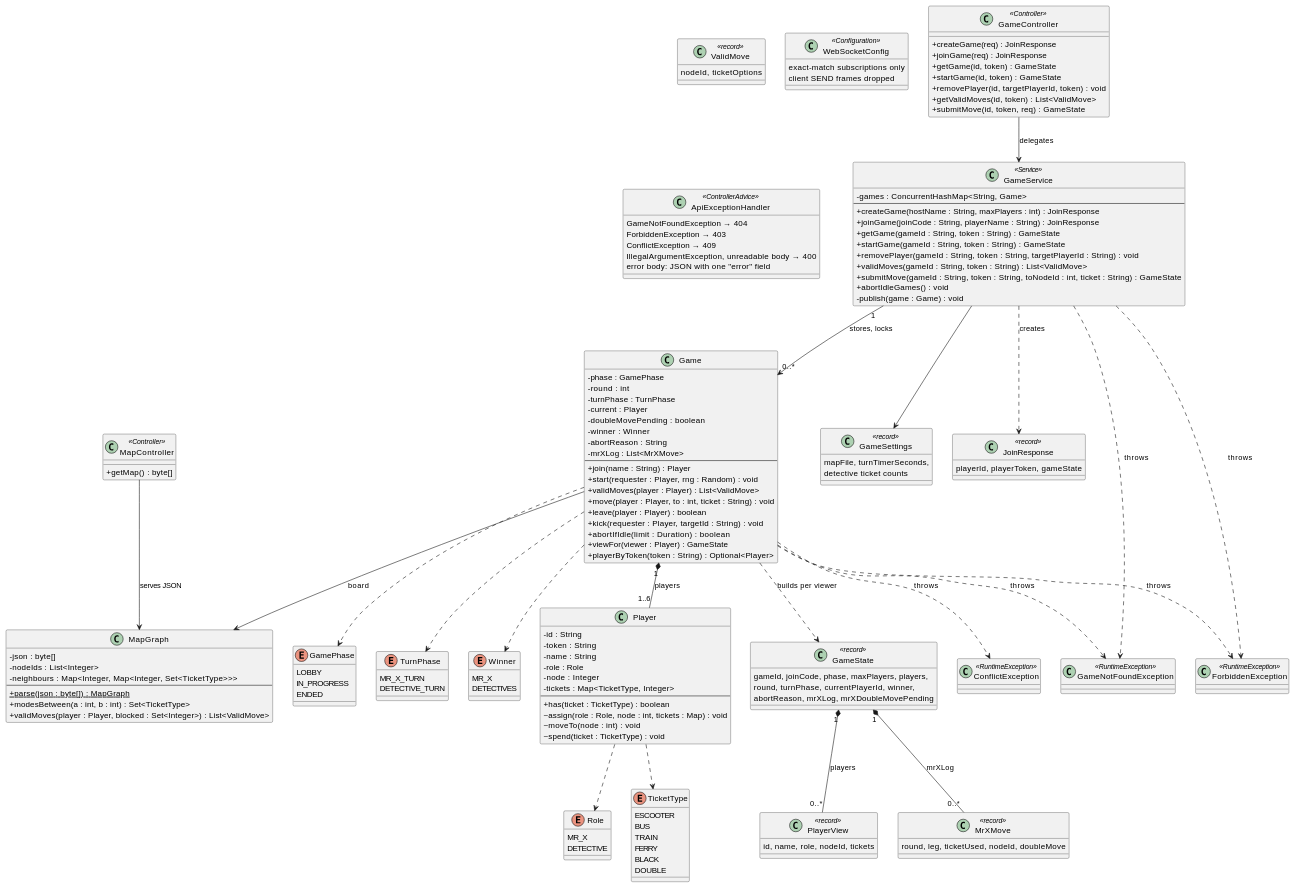
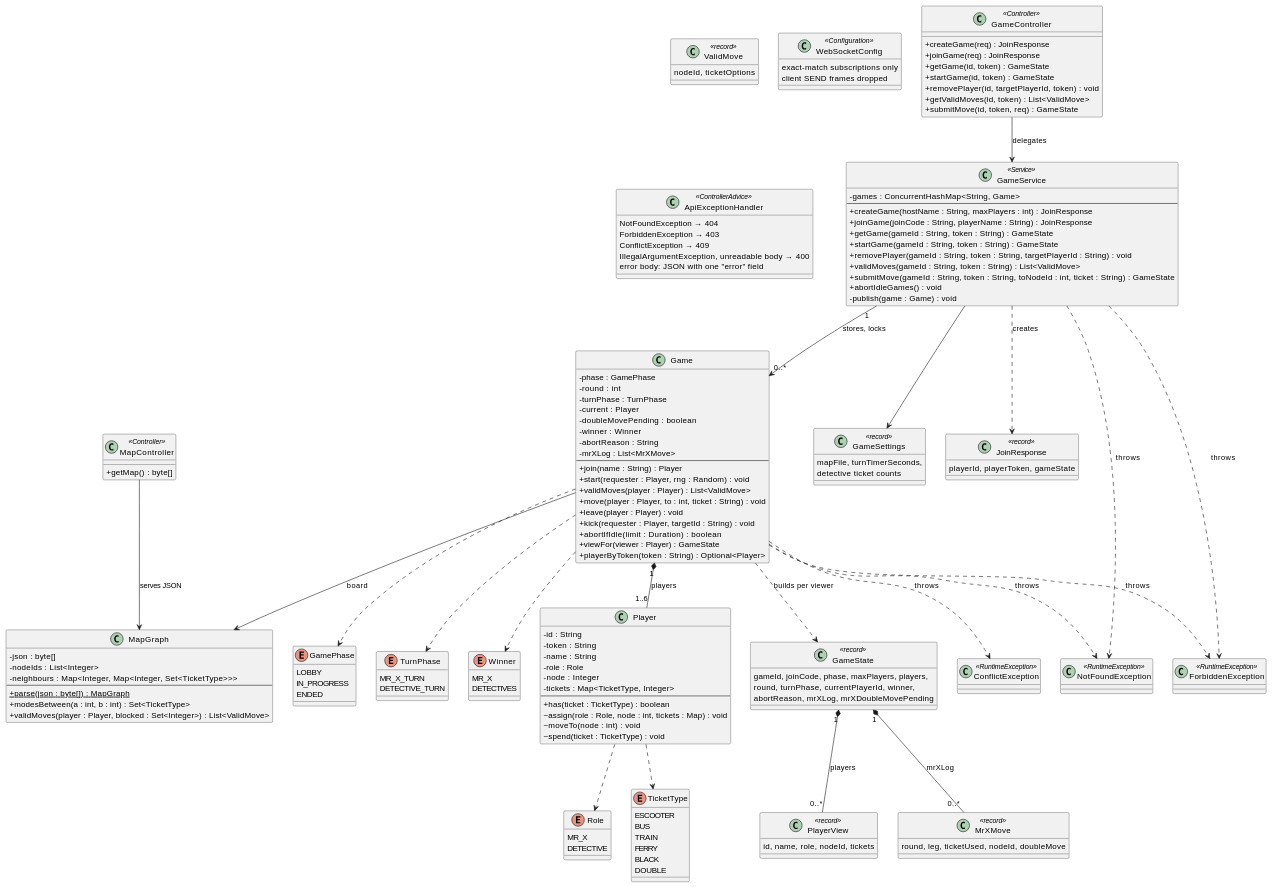
The second of 2 diagrams in documentation/plans/classdiagram.md (Ming-Bao/HuntingMrX), drawn with PlantUML before and after one commit. The commit also changed 42 other files, not shown here.

````diff
--- a/documentation/plans/classdiagram.md
+++ b/documentation/plans/classdiagram.md
@@ -29,7 +29,7 @@
 @startuml
 skinparam classAttributeIconSize 0
 
-' ── Enumerations ──────────────────────────────────────────────────────
+' ── Enumerations (package game.enums) ───────────────────────────────
 
 enum GamePhase {
     LOBBY
@@ -101,7 +101,7 @@
     + start(requester : Player, rng : Random) : void
     + validMoves(player : Player) : List<ValidMove>
     + move(player : Player, to : int, ticket : String) : void
-    + leave(player : Player) : boolean
+    + leave(player : Player) : void
     + kick(requester : Player, targetId : String) : void
     + abortIfIdle(limit : Duration) : boolean
     + viewFor(viewer : Player) : GameState
@@ -116,7 +116,7 @@
 Player ..> Role
 Player ..> TicketType
 
-' ── Views sent to clients (records in package game) ───────────────────
+' ── Views sent to clients (records in package game.view) ────────────
 
 class GameState <<record>> {
     gameId, joinCode, phase, maxPlayers, players,
@@ -190,24 +190,24 @@
 GameController --> GameService : delegates
 MapController --> MapGraph : serves JSON
 
-' ── Errors ────────────────────────────────────────────────────────────
+' ── Errors (package game.exception) ─────────────────────────────────
 
-class GameNotFoundException <<RuntimeException>>
+class NotFoundException <<RuntimeException>>
 class ForbiddenException <<RuntimeException>>
 class ConflictException <<RuntimeException>>
 
 class ApiExceptionHandler <<ControllerAdvice>> {
-    GameNotFoundException → 404
+    NotFoundException → 404
     ForbiddenException → 403
     ConflictException → 409
     IllegalArgumentException, unreadable body → 400
     error body: JSON with one "error" field
 }
 
-Game ..> GameNotFoundException : throws
+Game ..> NotFoundException : throws
 Game ..> ForbiddenException : throws
 Game ..> ConflictException : throws
-GameService ..> GameNotFoundException : throws
+GameService ..> NotFoundException : throws
 GameService ..> ForbiddenException : throws
 @enduml
 ```
````
